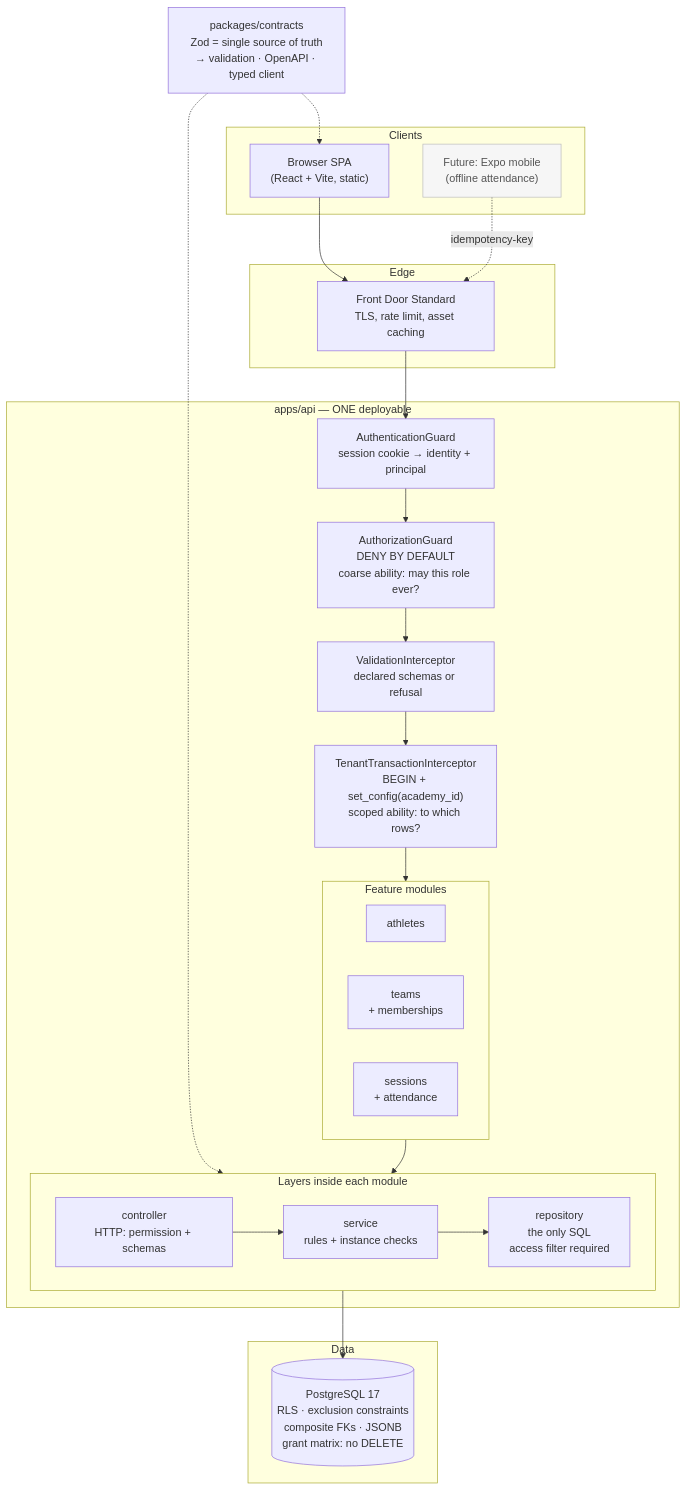
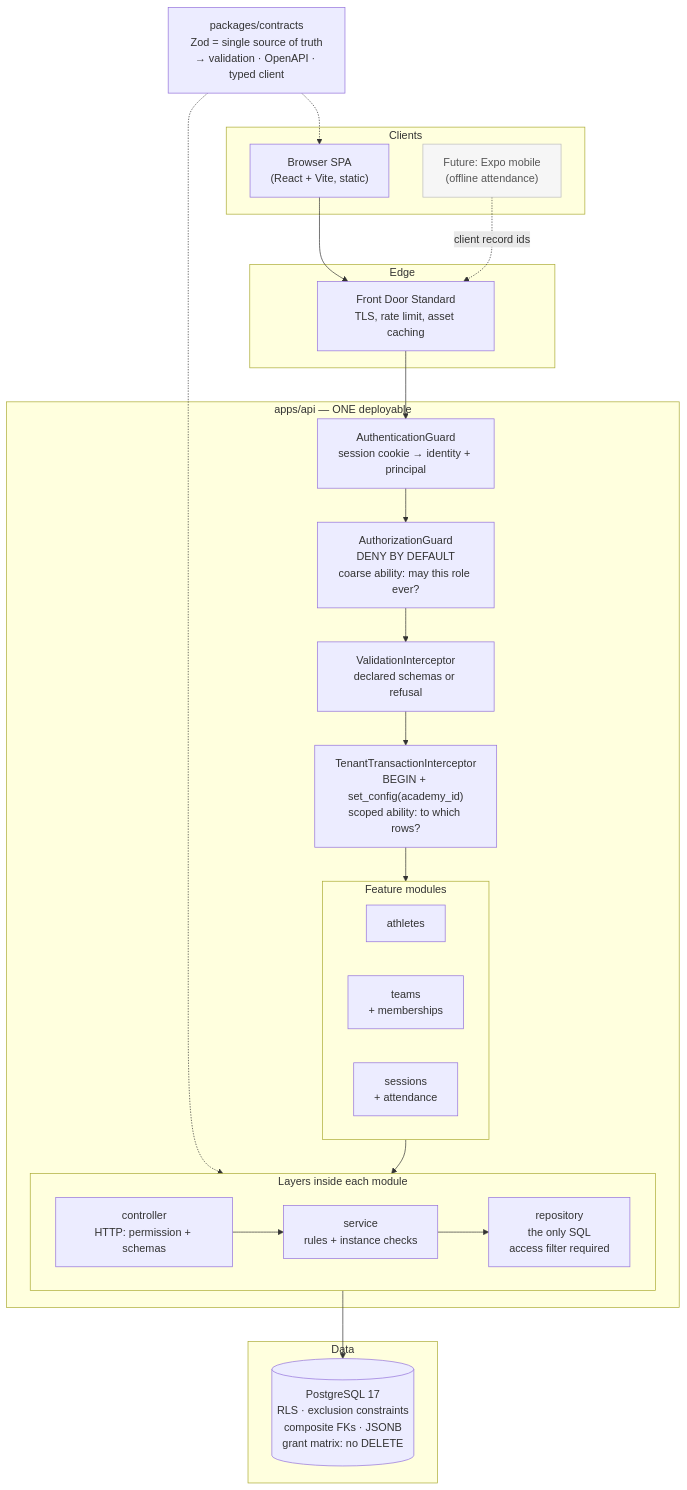
One commit to mohammad-qb/athlete changed the first of 4 diagrams in README.md. Above: the diagram before and after it, drawn with Mermaid. The commit also changed other lines of this file and 37 other files, not shown here.

````diff
--- a/README.md
+++ b/README.md
@@ -40,46 +40,46 @@
 ```mermaid
 flowchart TB
     subgraph clients["Clients"]
         browser["Browser SPA<br/>(React + Vite, static)"]
         future["Future: Expo mobile<br/>(offline attendance)"]
     end
 
     subgraph edge["Edge"]
         fd["Front Door Standard<br/>TLS, rate limit, asset caching"]
     end
 
     subgraph api["apps/api — ONE deployable"]
         mw["AuthenticationGuard<br/>session cookie → identity + principal"]
         guard["AuthorizationGuard<br/>DENY BY DEFAULT<br/>coarse ability: may this role ever?"]
         val["ValidationInterceptor<br/>declared schemas or refusal"]
         itx["TenantTransactionInterceptor<br/>BEGIN + set_config(academy_id)<br/>scoped ability: to which rows?"]
 
         subgraph modules["Feature modules"]
             direction LR
             ath["athletes"]
             tm["teams<br/>+ memberships"]
             ses["sessions<br/>+ attendance"]
         end
 
         subgraph layers["Layers inside each module"]
             direction LR
             ctl["controller<br/>HTTP: permission + schemas"] --> svc["service<br/>rules + instance checks"] --> repo["repository<br/>the only SQL<br/>access filter required"]
         end
     end
 
     subgraph data["Data"]
         pg[("PostgreSQL 17<br/>RLS · exclusion constraints<br/>composite FKs · JSONB<br/>grant matrix: no DELETE")]
     end
 
     contracts["packages/contracts<br/>Zod = single source of truth<br/>→ validation · OpenAPI · typed client"]
 
     browser --> fd --> mw --> guard --> val --> itx --> modules
     modules --> layers
     repo --> pg
     contracts -.-> browser
     contracts -.-> ctl
-    future -.->|idempotency-key| fd
+    future -.->|client record ids| fd
 
     classDef dim fill:#f6f6f6,stroke:#bbb,color:#555
     class future dim
 ```
````
